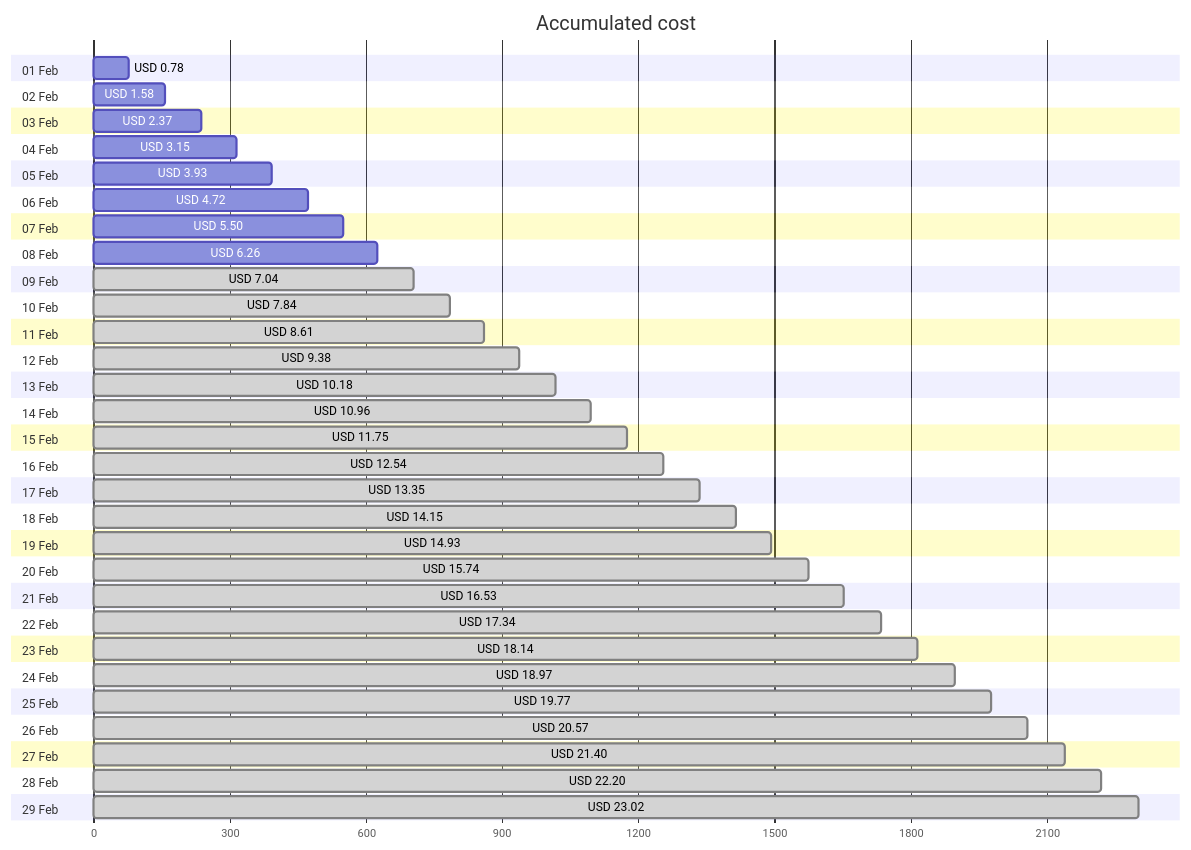
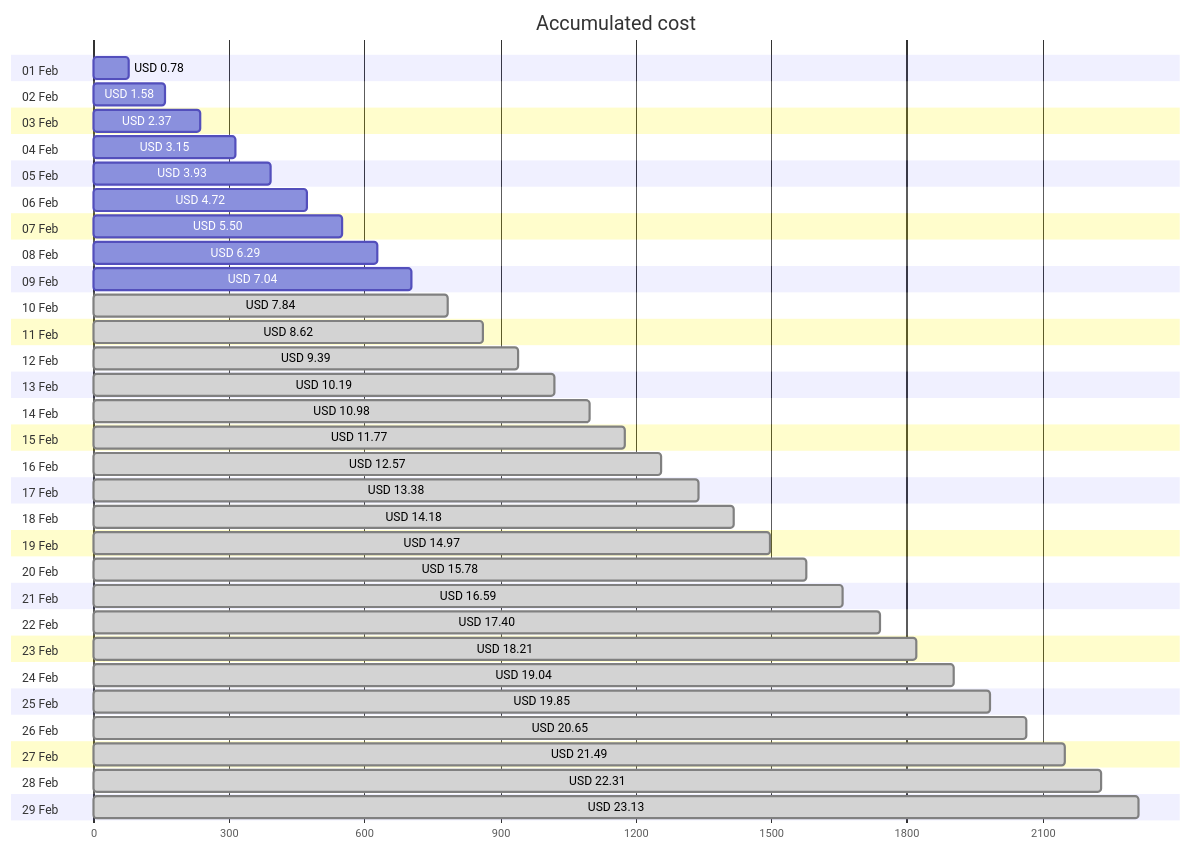
One commit to jpfulton/azure-personal-reports changed the first of 4 diagrams in cost-reports/personal-network/backup-server-data-disk.md. Above: the diagram before and after it, drawn with Mermaid. The commit also changed other lines of this file and 8 other files, not shown here.

````diff
--- a/cost-reports/personal-network/backup-server-data-disk.md
+++ b/cost-reports/personal-network/backup-server-data-disk.md
@@ -20,64 +20,64 @@
 ```mermaid
 gantt
    title Accumulated cost
    dateFormat  X
    axisFormat %s
    section 01 Feb
    USD 0.78 :0, 78
    section 02 Feb
    USD 1.58 :0, 158
    section 03 Feb
    USD 2.37 :0, 237
    section 04 Feb
    USD 3.15 :0, 315
    section 05 Feb
    USD 3.93 :0, 393
    section 06 Feb
    USD 4.72 :0, 472
    section 07 Feb
    USD 5.50 :0, 550
    section 08 Feb
-   USD 6.26 :0, 626
+   USD 6.29 :0, 629
    section 09 Feb
-   USD 7.04 : done, 0, 704
+   USD 7.04 :0, 704
    section 10 Feb
    USD 7.84 : done, 0, 784
    section 11 Feb
-   USD 8.61 : done, 0, 861
+   USD 8.62 : done, 0, 862
    section 12 Feb
-   USD 9.38 : done, 0, 938
+   USD 9.39 : done, 0, 939
    section 13 Feb
-   USD 10.18 : done, 0, 1018
+   USD 10.19 : done, 0, 1019
    section 14 Feb
-   USD 10.96 : done, 0, 1096
+   USD 10.98 : done, 0, 1098
    section 15 Feb
-   USD 11.75 : done, 0, 1175
+   USD 11.77 : done, 0, 1177
    section 16 Feb
-   USD 12.54 : done, 0, 1254
+   USD 12.57 : done, 0, 1257
    section 17 Feb
-   USD 13.35 : done, 0, 1335
+   USD 13.38 : done, 0, 1338
    section 18 Feb
-   USD 14.15 : done, 0, 1415
+   USD 14.18 : done, 0, 1418
    section 19 Feb
-   USD 14.93 : done, 0, 1493
+   USD 14.97 : done, 0, 1497
    section 20 Feb
-   USD 15.74 : done, 0, 1574
+   USD 15.78 : done, 0, 1578
    section 21 Feb
-   USD 16.53 : done, 0, 1653
+   USD 16.59 : done, 0, 1659
    section 22 Feb
-   USD 17.34 : done, 0, 1734
+   USD 17.40 : done, 0, 1740
    section 23 Feb
-   USD 18.14 : done, 0, 1814
+   USD 18.21 : done, 0, 1821
    section 24 Feb
-   USD 18.97 : done, 0, 1897
+   USD 19.04 : done, 0, 1904
    section 25 Feb
-   USD 19.77 : done, 0, 1977
+   USD 19.85 : done, 0, 1985
    section 26 Feb
-   USD 20.57 : done, 0, 2057
+   USD 20.65 : done, 0, 2065
    section 27 Feb
-   USD 21.40 : done, 0, 2140
+   USD 21.49 : done, 0, 2149
    section 28 Feb
-   USD 22.20 : done, 0, 2220
+   USD 22.31 : done, 0, 2231
    section 29 Feb
-   USD 23.02 : done, 0, 2302
+   USD 23.13 : done, 0, 2313
 ```
````
